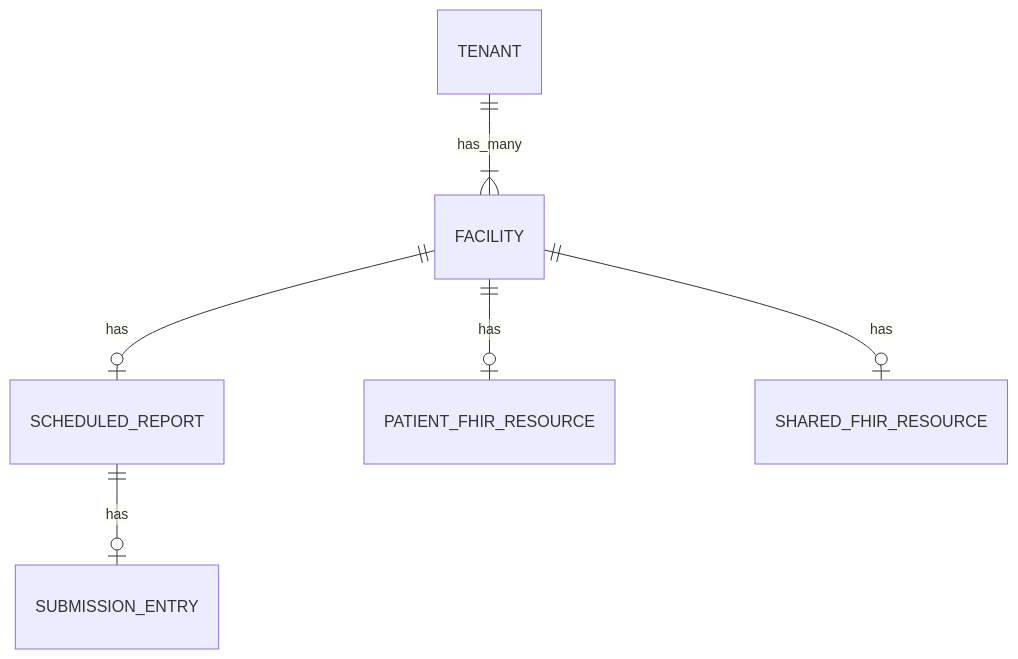
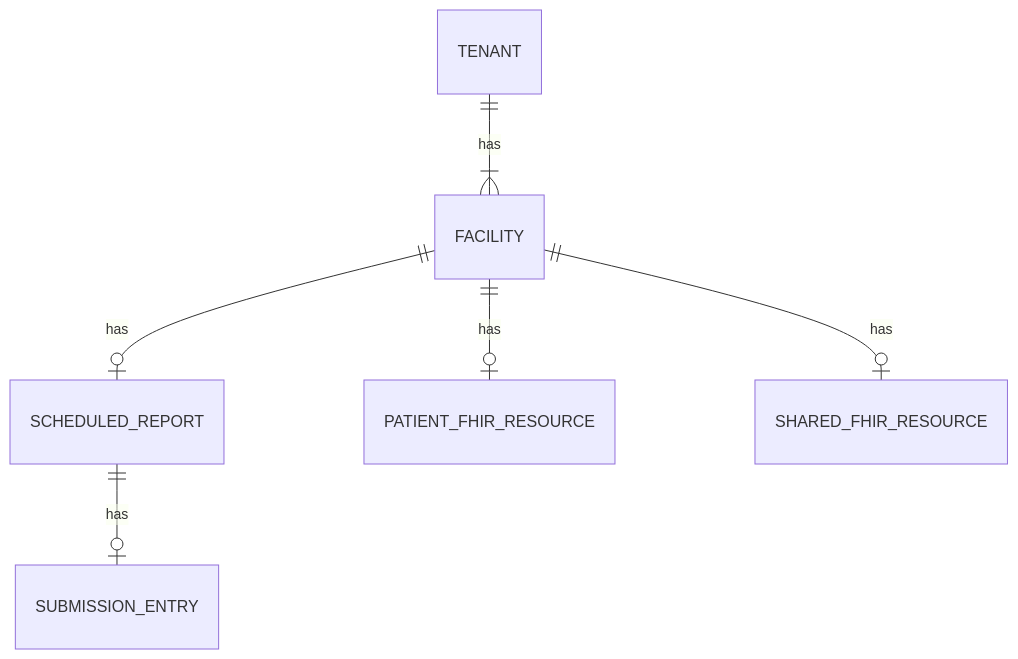
Before and after one commit to lantanagroup/link-cloud: the seventh of 7 diagrams in docs/docs/proposals/tenant-multi-facility-proposal.mdx, drawn with Mermaid. The commit also changed other lines of this file and 14 other files, not shown here.

Commit message:
Updates to the event schema and proposal.

````diff
--- a/docs/docs/proposals/tenant-multi-facility-proposal.mdx
+++ b/docs/docs/proposals/tenant-multi-facility-proposal.mdx
@@ -372,10 +373,10 @@
 ```mermaid
 
 erDiagram
-	TENANT||--|{FACILITY:"has_many"
+	TENANT||--|{FACILITY:"has"
 	FACILITY||--o|SCHEDULED_REPORT:"has"
 	SCHEDULED_REPORT||--o|SUBMISSION_ENTRY:"has"
 	FACILITY||--o|PATIENT_FHIR_RESOURCE:"has"
 	FACILITY||--o|SHARED_FHIR_RESOURCE:"has"
 
 ```
````
